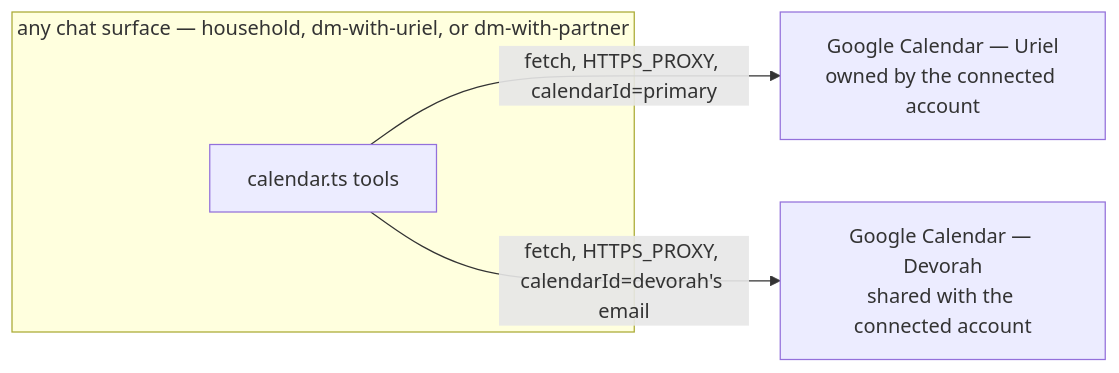
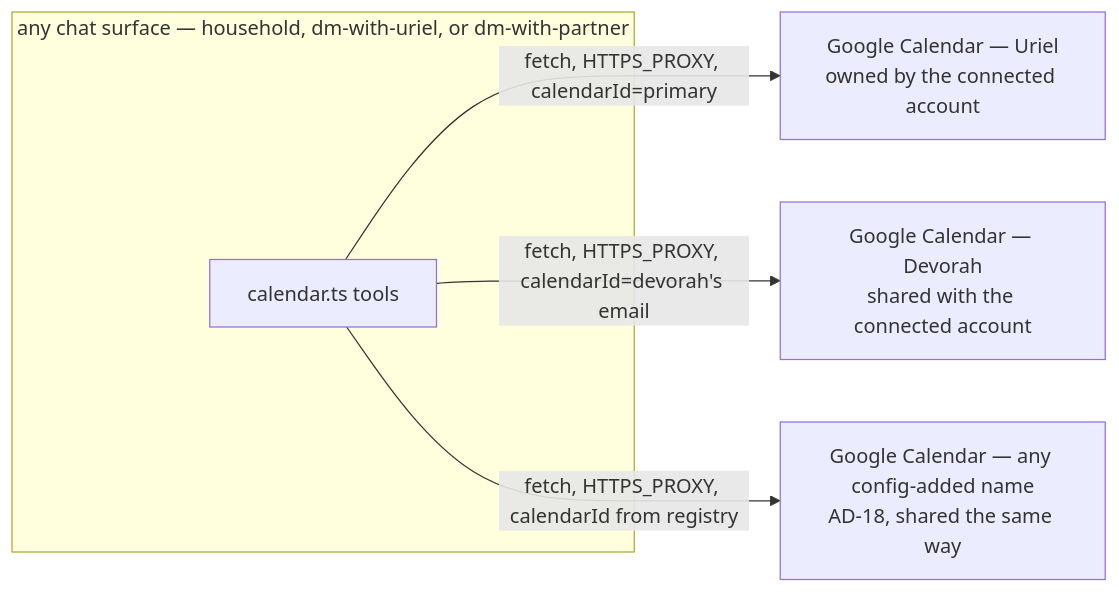
The diagram in _bmad-output/planning-artifacts/architecture/architecture-nanoclaw-v2-2026-08-17/ARCHITECTURE-SPINE.md (adar666/nanoclaw), drawn with Mermaid before and after one commit. The commit also changed other lines of this file and 3 other files, not shown here.

````diff
--- a/_bmad-output/planning-artifacts/architecture/architecture-nanoclaw-v2-2026-08-17/ARCHITECTURE-SPINE.md
+++ b/_bmad-output/planning-artifacts/architecture/architecture-nanoclaw-v2-2026-08-17/ARCHITECTURE-SPINE.md
@@ -24,8 +24,9 @@
 ```mermaid
 graph LR
     subgraph any [any chat surface — household, dm-with-uriel, or dm-with-partner]
         C[calendar.ts tools]
     end
     C -->|fetch, HTTPS_PROXY, calendarId=primary| GCU[Google Calendar — Uriel<br/>owned by the connected account]
     C -->|fetch, HTTPS_PROXY, calendarId=devorah's email| GCD[Google Calendar — Devorah<br/>shared with the connected account]
+    C -->|fetch, HTTPS_PROXY, calendarId from registry| GCN[Google Calendar — any config-added name<br/>AD-18, shared the same way]
 ```
````
